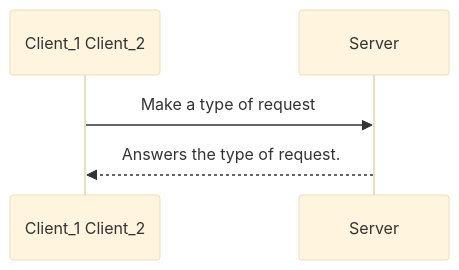
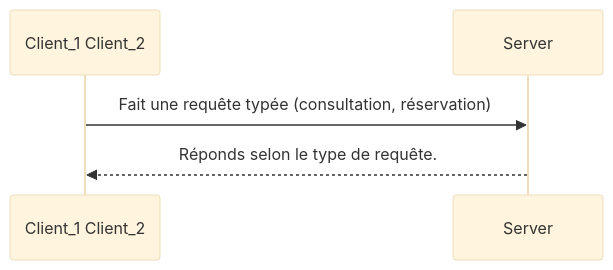
One commit to laize-loucia/movie_booking changed the first of 3 diagrams in README.md. Above: the diagram before and after it, drawn with Mermaid (base theme).

````diff
--- a/README.md
+++ b/README.md
@@ -5,6 +5,6 @@
 ```mermaid
 sequenceDiagram
 
-    Client_1 Client_2->>Server: Make a type of request
-    Server-->>Client_1 Client_2: Answers the type of request.
+    Client_1 Client_2->>Server: Fait une requête typée (consultation, réservation)
+    Server-->>Client_1 Client_2: Réponds selon le type de requête.
 ```
````
